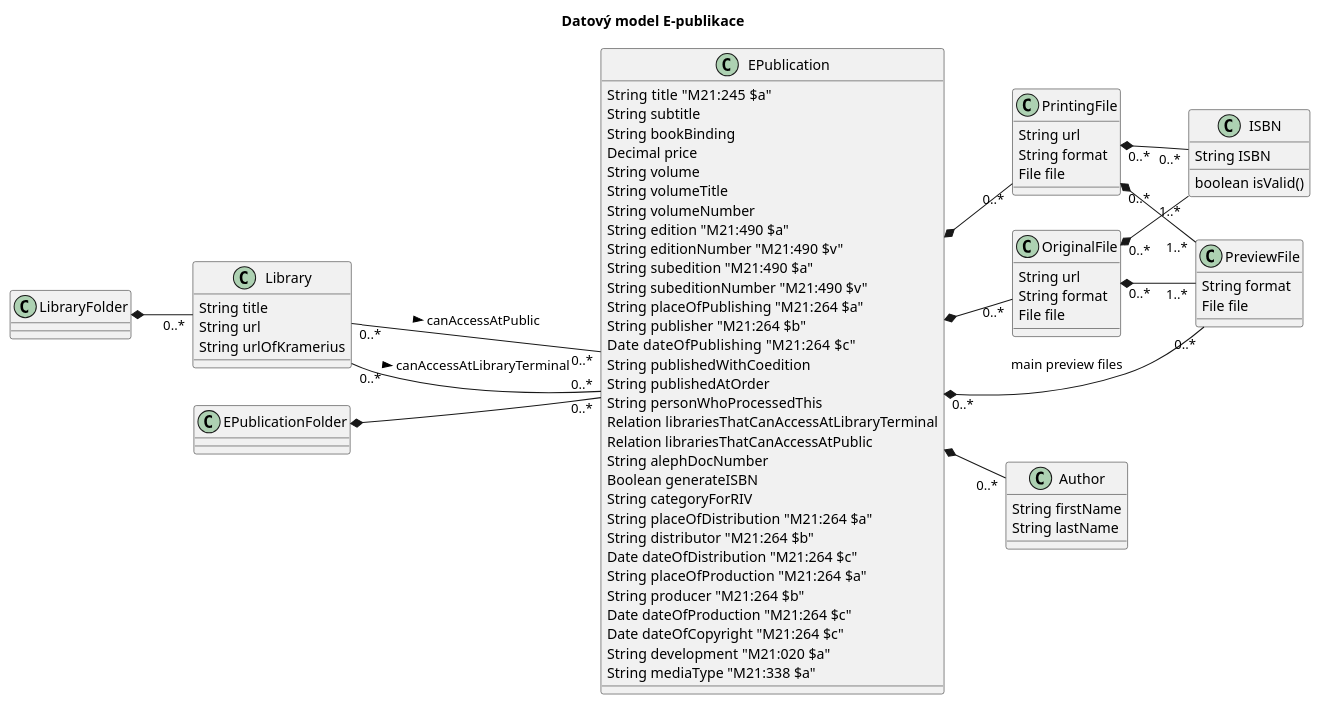
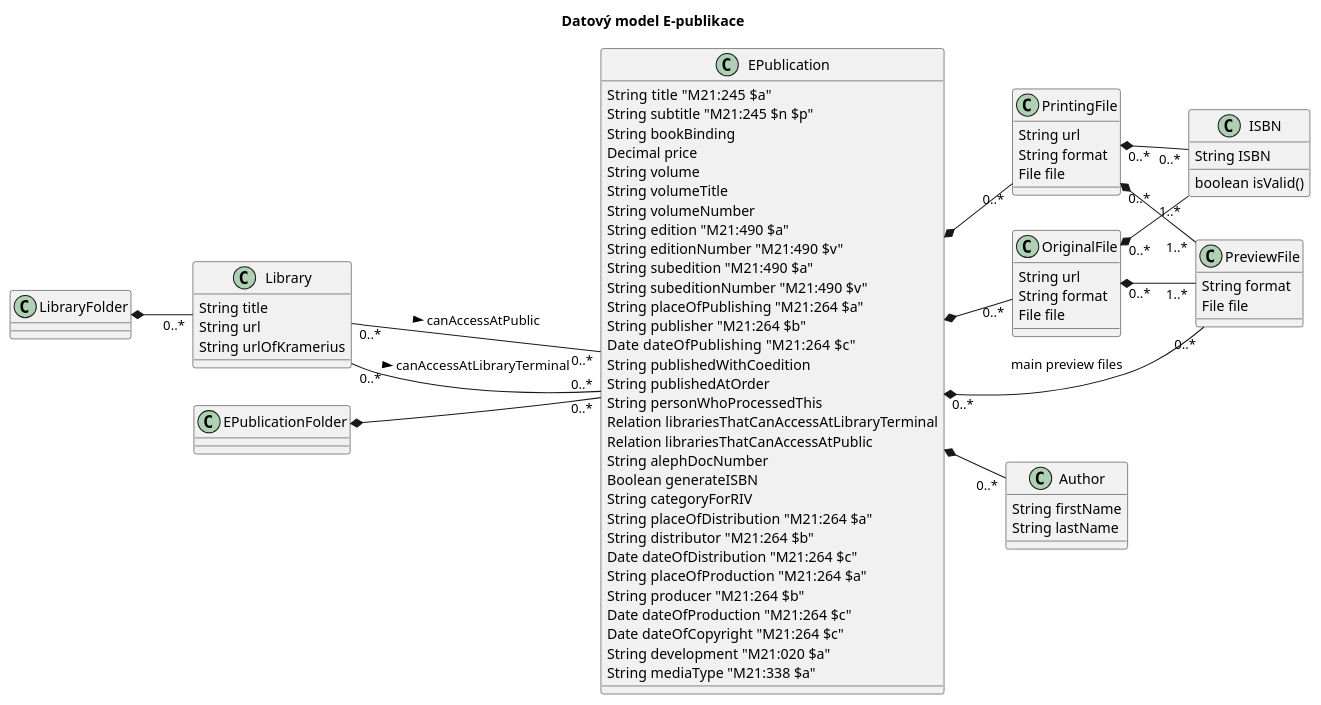
The diagram in docs/dm01.plantuml (edeposit/edeposit), drawn with PlantUML before and after one commit. The commit also changed 16 other files, not shown here.

```diff
--- a/docs/dm01.plantuml
+++ b/docs/dm01.plantuml
@@ -1,93 +1,93 @@
 @startuml
 skinparam componentStyle uml2
 left to right direction
 title Datový model E-publikace
 
 class Library {
       String title
       String url
       String urlOfKramerius
 }
 
 class ISBN {
       String ISBN
       boolean isValid()
 }
 
 class PreviewFile {
       String format
       File file
 }
 
 class OriginalFile {
       String url
       String format
       File file
 }
 
 class Author {
       String firstName
       String lastName
 }
 
 class PrintingFile {
       String url
       String format
       File file
 }
 
 class EPublication {
       String title  "M21:245 $a"
-      String subtitle 
+      String subtitle "M21:245 $n $p"
       String bookBinding 
       Decimal price 
       String volume
       String volumeTitle
       String volumeNumber
       String edition "M21:490 $a"
       String editionNumber "M21:490 $v"
       String subedition "M21:490 $a"
       String subeditionNumber "M21:490 $v"
       String placeOfPublishing "M21:264 $a"
       String publisher "M21:264 $b"
       Date   dateOfPublishing "M21:264 $c"
       String publishedWithCoedition 
       String publishedAtOrder 
       String personWhoProcessedThis
       Relation librariesThatCanAccessAtLibraryTerminal
       Relation librariesThatCanAccessAtPublic
       String alephDocNumber
       Boolean generateISBN
       String categoryForRIV
       String placeOfDistribution "M21:264 $a"
       String distributor "M21:264 $b"
       Date dateOfDistribution "M21:264 $c"
       String placeOfProduction "M21:264 $a"
       String producer "M21:264 $b"
       Date dateOfProduction "M21:264 $c"
       Date dateOfCopyright "M21:264 $c"
       String development "M21:020 $a"
       String mediaType "M21:338 $a"
 }
 
 class EPublicationFolder {
       
 }
 
 class LibraryFolder {
 }
 
 Library "0..*" -- "0..*" EPublication: canAccessAtLibraryTerminal >
 Library "0..*" -- "0..*" EPublication: canAccessAtPublic >
 EPublication *-- "0..*" OriginalFile
 EPublication *-- "0..*" PrintingFile
 EPublication *-- "0..*" Author
 EPublication "0..*" *-- "0..*" PreviewFile: main preview files
 OriginalFile "0..*" *-- "1..*" ISBN
 PrintingFile "0..*" *-- "0..*" ISBN
 OriginalFile "0..*" *-- "1..*" PreviewFile
 PrintingFile "0..*" *-- "1..*" PreviewFile
 EPublicationFolder *-- "0..*" EPublication
 LibraryFolder *-- "0..*" Library
 
 @enduml
```
